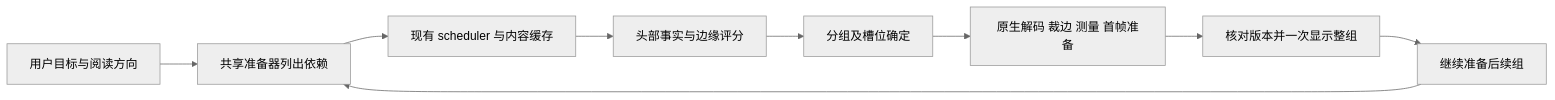
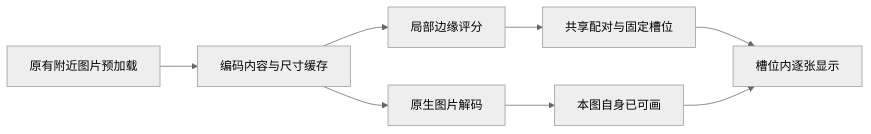
Before and after one commit to AltairCardinal/mihon-desktop: the diagram in docs/2026-10-03-dual-page-stable-presentation-design.md, drawn with Mermaid (neutral theme). The commit also changed other lines of this file and 3 other files, not shown here.

````diff
--- a/docs/2026-10-03-dual-page-stable-presentation-design.md
+++ b/docs/2026-10-03-dual-page-stable-presentation-design.md
@@ -94,11 +108,10 @@
 ```mermaid
 flowchart LR
-    A[用户目标与阅读方向] --> B[共享准备器列出依赖]
-    B --> C[现有 scheduler 与内容缓存]
-    C --> D[头部事实与边缘评分]
-    D --> E[分组及槽位确定]
-    E --> F[原生解码 裁边 测量 首帧准备]
-    F --> G[核对版本并一次显示整组]
-    G --> H[继续准备后续组]
-    H --> B
+    A[原有附近图片预加载] --> B[编码内容与尺寸缓存]
+    B --> C[局部边缘评分]
+    B --> D[原生图片解码]
+    C --> E[共享配对与固定槽位]
+    D --> F[本图自身已可画]
+    E --> G[槽位内逐张显示]
+    F --> G
 ```
````
